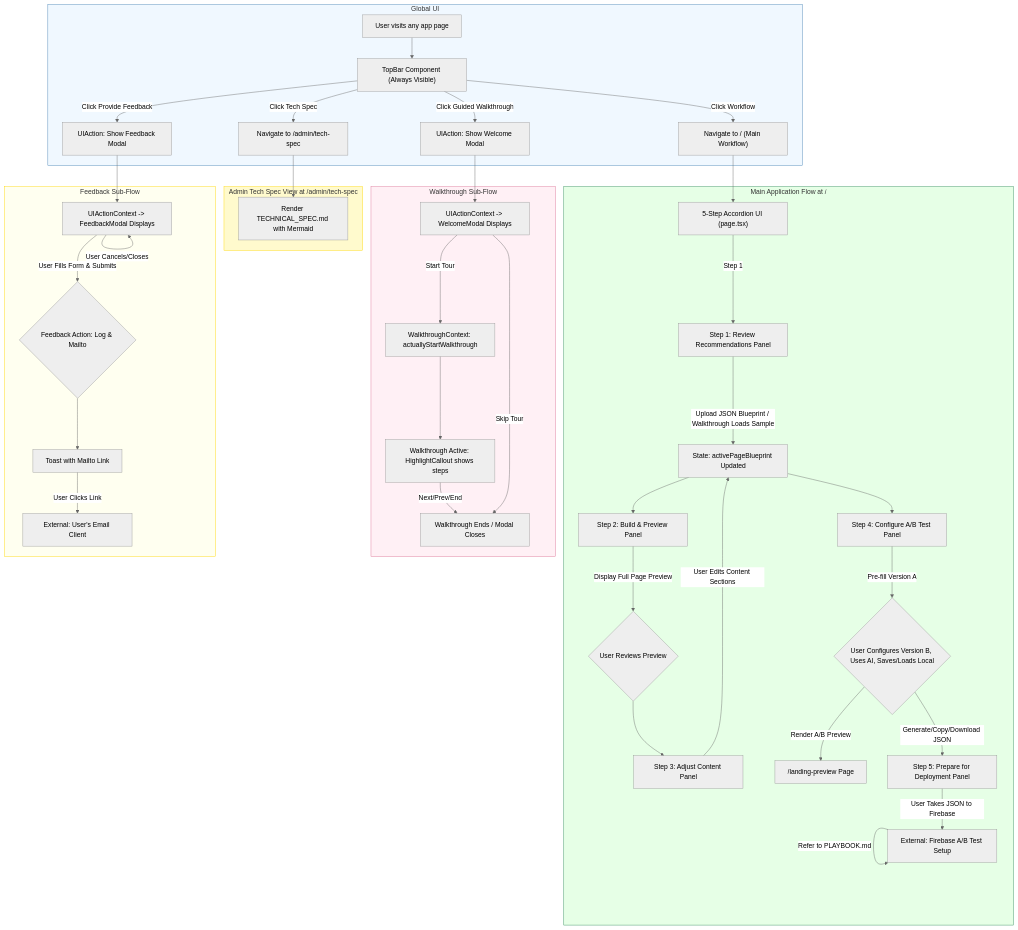
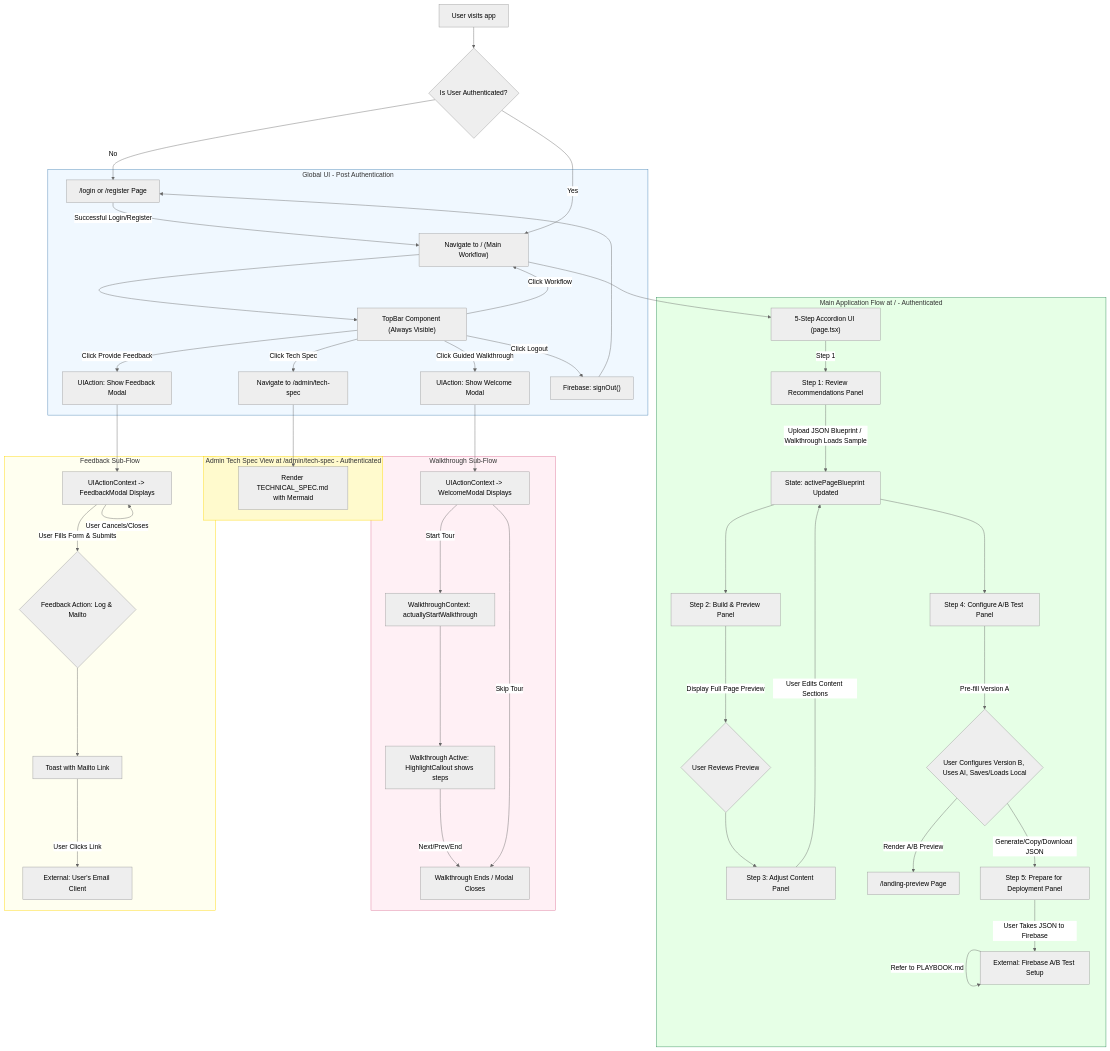
The second of 2 diagrams in TECHNICAL_SPEC.md (jason-davey/studio), drawn with Mermaid (neutral theme) before and after one commit. The commit also changed other lines of this file and 27 other files, not shown here.

````diff
--- a/TECHNICAL_SPEC.md
+++ b/TECHNICAL_SPEC.md
@@ -383,58 +405,64 @@
 ```mermaid
 graph TD
-    subgraph GlobalUI [Global UI]
-        UserVisitsApp["User visits any app page"]
-        UserVisitsApp --> TopBarComp["TopBar Component (Always Visible)"]
-        TopBarComp -- Click Workflow --> MainAppNav["Navigate to / (Main Workflow)"]
+    UserStart["User visits app"] --> CheckAuth{"Is User Authenticated?"}
+    CheckAuth -- No --> LoginPage["/login or /register Page"]
+    LoginPage -- Successful Login/Register --> MainAppNav["Navigate to / (Main Workflow)"]
+    CheckAuth -- Yes --> MainAppNav
+
+    subgraph GlobalUI [Global UI - Post Authentication]
+        MainAppNav --> TopBarComp["TopBar Component (Always Visible)"]
+        TopBarComp -- Click Workflow --> MainAppNav
         TopBarComp -- Click Tech Spec --> AdminSpecNav["Navigate to /admin/tech-spec"]
         TopBarComp -- Click Guided Walkthrough --> UIAction_ShowWelcomeModal["UIAction: Show Welcome Modal"]
         TopBarComp -- Click Provide Feedback --> UIAction_ShowFeedbackModal["UIAction: Show Feedback Modal"]
+        TopBarComp -- Click Logout --> LogoutAction["Firebase: signOut()"]
+        LogoutAction --> LoginPage
     end
 
-    subgraph MainApp [Main Application Flow at /]
+    subgraph MainApp [Main Application Flow at / - Authenticated]
         MainAppNav --> AccordionInterface["5-Step Accordion UI (page.tsx)"]
         
         AccordionInterface -- Step 1 --> Step1Panel["Step 1: Review Recommendations Panel"]
         Step1Panel -- Upload JSON Blueprint / Walkthrough Loads Sample --> BlueprintState["State: activePageBlueprint Updated"]
         
         BlueprintState --> Step2Panel["Step 2: Build & Preview Panel"]
         Step2Panel -- Display Full Page Preview --> UserReviewsPreview{"User Reviews Preview"}
         
         UserReviewsPreview --> Step3Panel["Step 3: Adjust Content Panel"]
         Step3Panel -- User Edits Content Sections --> BlueprintState
         
         BlueprintState --> Step4Panel["Step 4: Configure A/B Test Panel"]
         Step4Panel -- Pre-fill Version A --> UserConfiguresAB{"User Configures Version B, Uses AI, Saves/Loads Local"}
         UserConfiguresAB -- Render A/B Preview --> PreviewPage["/landing-preview Page"]
         UserConfiguresAB -- Generate/Copy/Download JSON --> Step5Panel["Step 5: Prepare for Deployment Panel"]
         
         Step5Panel -- User Takes JSON to Firebase --> FirebaseConsoleSetup["External: Firebase A/B Test Setup"]
         FirebaseConsoleSetup -- Refer to PLAYBOOK.md --> FirebaseConsoleSetup
     end
     
-    subgraph AdminSpecView [Admin Tech Spec View at /admin/tech-spec]
+    subgraph AdminSpecView [Admin Tech Spec View at /admin/tech-spec - Authenticated]
         AdminSpecNav --> RenderTechSpec["Render TECHNICAL_SPEC.md with Mermaid"]
     end
 
     subgraph WalkthroughFlow [Walkthrough Sub-Flow]
         UIAction_ShowWelcomeModal --> WelcomeModalDisplay["UIActionContext -> WelcomeModal Displays"]
         WelcomeModalDisplay -- Start Tour --> WalkthroughStart["WalkthroughContext: actuallyStartWalkthrough"]
         WalkthroughStart --> WalkthroughActive["Walkthrough Active: HighlightCallout shows steps"]
         WalkthroughActive -- Next/Prev/End --> WalkthroughEnd["Walkthrough Ends / Modal Closes"]
         WelcomeModalDisplay -- Skip Tour --> WalkthroughEnd
     end
 
     subgraph FeedbackFlow [Feedback Sub-Flow]
         UIAction_ShowFeedbackModal --> FeedbackModalDisplay["UIActionContext -> FeedbackModal Displays"]
         FeedbackModalDisplay -- User Fills Form & Submits --> FeedbackAction{"Feedback Action: Log & Mailto"}
         FeedbackAction --> FeedbackToast["Toast with Mailto Link"]
         FeedbackToast -- User Clicks Link --> UserEmailClient_External["External: User's Email Client"]
         FeedbackModalDisplay -- User Cancels/Closes --> FeedbackModalDisplay
     end
 
     style GlobalUI fill:#f0f8ff,stroke:#4682b4
     style MainApp fill:#e6ffe6,stroke:#2e8b57
     style AdminSpecView fill:#fffacd,stroke:#ffd700
     style WalkthroughFlow fill:#fff0f5,stroke:#db7093
     style FeedbackFlow fill:#fffff0,stroke:#ffd700
 ```
````
